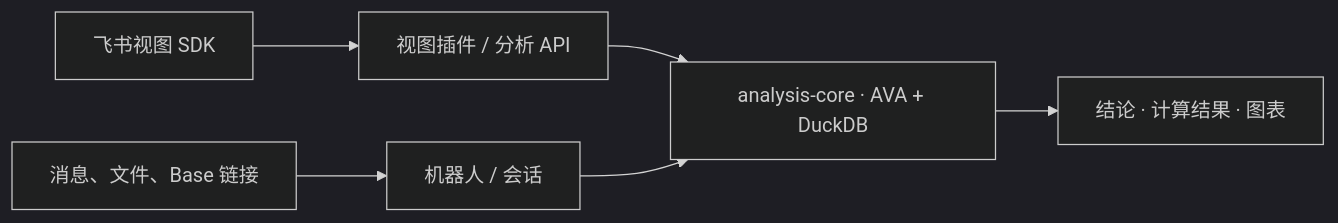
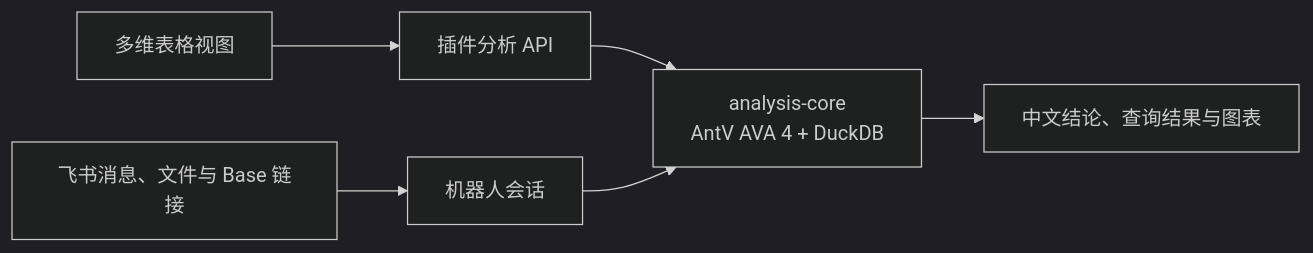
One commit to Keikeikm/ava-feishu-extension changed the diagram in README.md. Above: the diagram before and after it, drawn with Mermaid (dark theme). The commit also changed other lines of this file and 17 other files, not shown here.

````diff
--- a/README.md
+++ b/README.md
@@ -89,8 +11,8 @@
 ```mermaid
 flowchart LR
-    SDK["飞书视图 SDK"] --> Plugin["视图插件 / 分析 API"]
-    Messages["消息、文件、Base 链接"] --> Bot["机器人 / 会话"]
-    Plugin --> Core["analysis-core · AVA + DuckDB"]
+    Base["多维表格视图"] --> Plugin["插件分析 API"]
+    Chat["飞书消息、文件与 Base 链接"] --> Bot["机器人会话"]
+    Plugin --> Core["analysis-core<br/>AntV AVA 4 + DuckDB"]
     Bot --> Core
-    Core --> Result["结论 · 计算结果 · 图表"]
+    Core --> Results["中文结论、查询结果与图表"]
 ```
````
